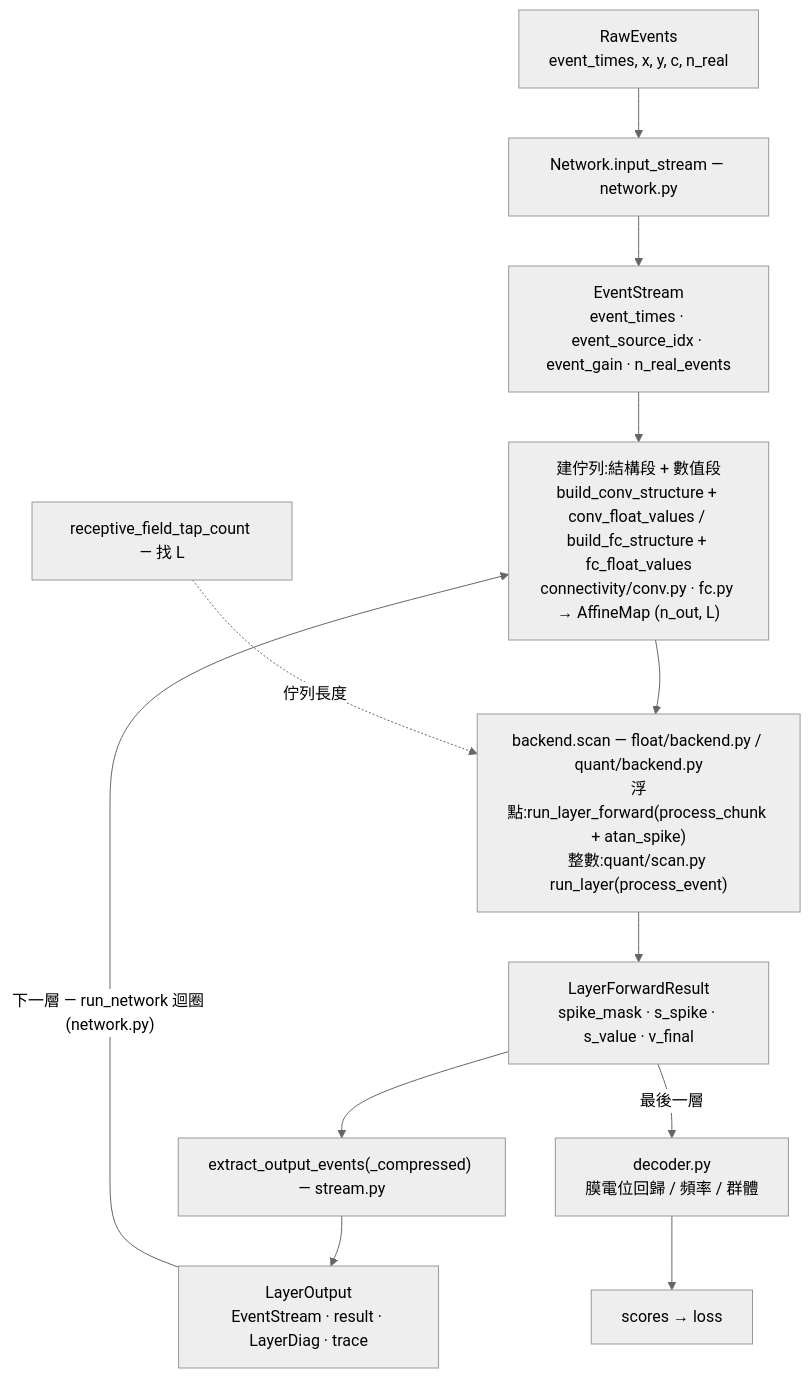
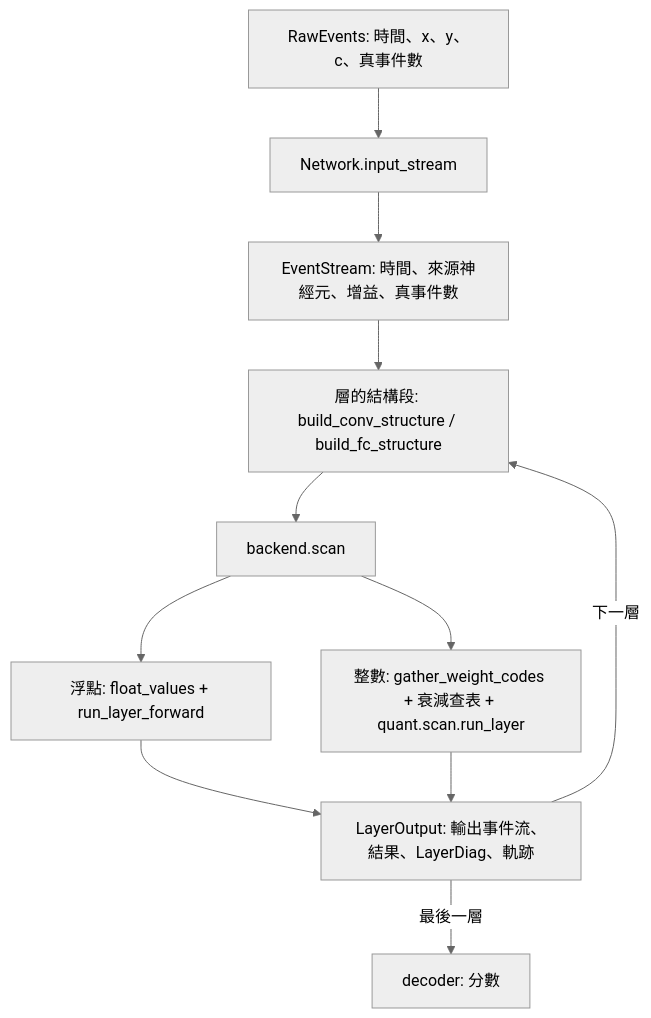
The first of 2 diagrams in docs/架構.md (Salt-Shio/Spiking-Affine-Lazy-Training), drawn with Mermaid (neutral theme) before and after one commit. The commit also changed other lines of this file and 20 other files, not shown here.

````diff
--- a/docs/架構.md
+++ b/docs/架構.md
@@ -14,14 +22,13 @@
 ```mermaid
 flowchart TD
-    RAW["RawEvents<br/>event_times, x, y, c, n_real"] --> R2S["Network.input_stream — network.py"]
-    R2S --> ES["EventStream<br/>event_times · event_source_idx · event_gain · n_real_events"]
-    ES --> BQ["建佇列:結構段 + 數值段<br/>build_conv_structure + conv_float_values / build_fc_structure + fc_float_values<br/>connectivity/conv.py · fc.py → AffineMap (n_out, L)"]
-    BQ --> RLF["backend.scan — float/backend.py / quant/backend.py<br/>浮點:run_layer_forward(process_chunk + atan_spike)<br/>整數:quant/scan.py run_layer(process_event)"]
-    RLF --> LFR["LayerForwardResult<br/>spike_mask · s_spike · s_value · v_final"]
-    LFR --> EXO["extract_output_events(_compressed) — stream.py"]
-    EXO --> ESN["LayerOutput<br/>EventStream · result · LayerDiag · trace"]
-    ESN -->|"下一層 — run_network 迴圈 (network.py)"| BQ
-    LFR -->|"最後一層"| DEC["decoder.py<br/>膜電位回歸 / 頻率 / 群體"]
-    DEC --> SC["scores → loss"]
-    RFT["receptive_field_tap_count — 找 L"] -. 佇列長度 .-> RLF
+    RAW["RawEvents: 時間、x、y、c、真事件數"] --> IN["Network.input_stream"]
+    IN --> ES["EventStream: 時間、來源神經元、增益、真事件數"]
+    ES --> ST["層的結構段: build_conv_structure / build_fc_structure"]
+    ST --> BK["backend.scan"]
+    BK --> FB["浮點: float_values + run_layer_forward"]
+    BK --> QB["整數: gather_weight_codes + 衰減查表 + quant.scan.run_layer"]
+    FB --> OUT["LayerOutput: 輸出事件流、結果、LayerDiag、軌跡"]
+    QB --> OUT
+    OUT -->|"下一層"| ST
+    OUT -->|"最後一層"| DEC["decoder: 分數"]
 ```
````
